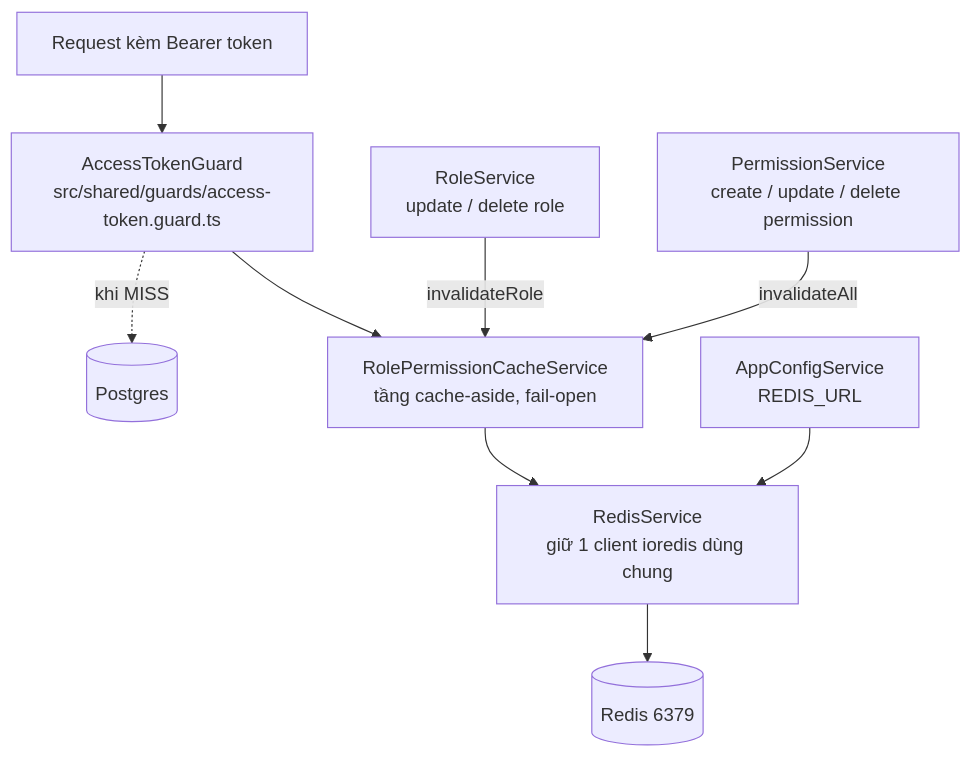
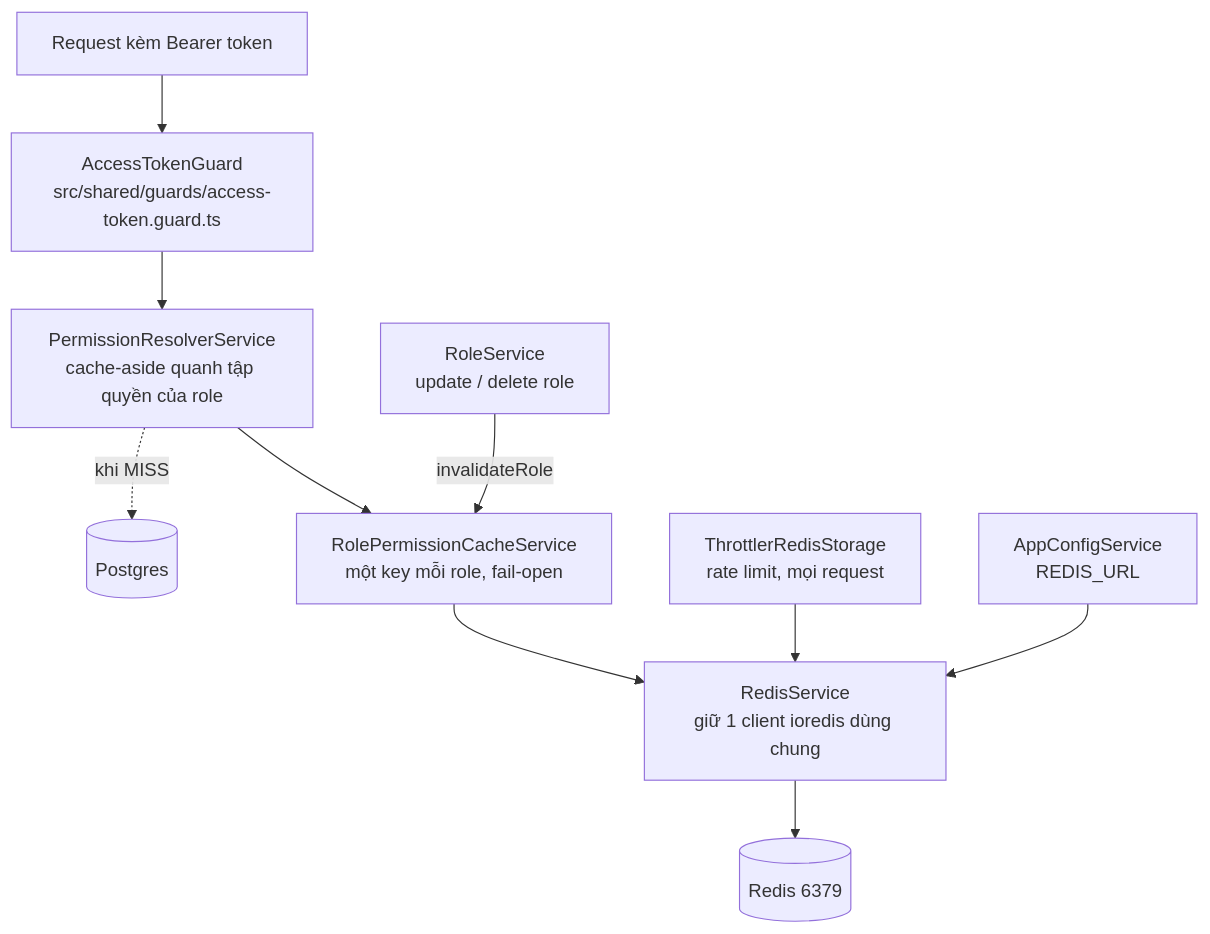
The third of 10 diagrams in docs/redis-caching-guide.md (dangxuanthangqt/ecom), drawn with Mermaid before and after one commit. The commit also changed other lines of this file and 11 other files, not shown here.

````diff
--- a/docs/redis-caching-guide.md
+++ b/docs/redis-caching-guide.md
@@ -733,13 +733,14 @@
 ```mermaid
 flowchart TD
     REQ["Request kèm Bearer token"] --> GUARD["AccessTokenGuard<br/>src/shared/guards/access-token.guard.ts"]
-    GUARD --> CACHE["RolePermissionCacheService<br/>tầng cache-aside, fail-open"]
+    GUARD --> RES["PermissionResolverService<br/>cache-aside quanh tập quyền của role"]
+    RES --> CACHE["RolePermissionCacheService<br/>một key mỗi role, fail-open"]
     CACHE --> CONN["RedisService<br/>giữ 1 client ioredis dùng chung"]
     CONN --> REDIS[("Redis 6379")]
-    GUARD -.->|"khi MISS"| PG[("Postgres")]
+    RES -.->|"khi MISS"| PG[("Postgres")]
 
     ROLESVC["RoleService<br/>update / delete role"] -->|invalidateRole| CACHE
-    PERMSVC["PermissionService<br/>create / update / delete permission"] -->|invalidateAll| CACHE
+    THR["ThrottlerRedisStorage<br/>rate limit, mọi request"] --> CONN
 
     CFG["AppConfigService<br/>REDIS_URL"] --> CONN
 ```
````
